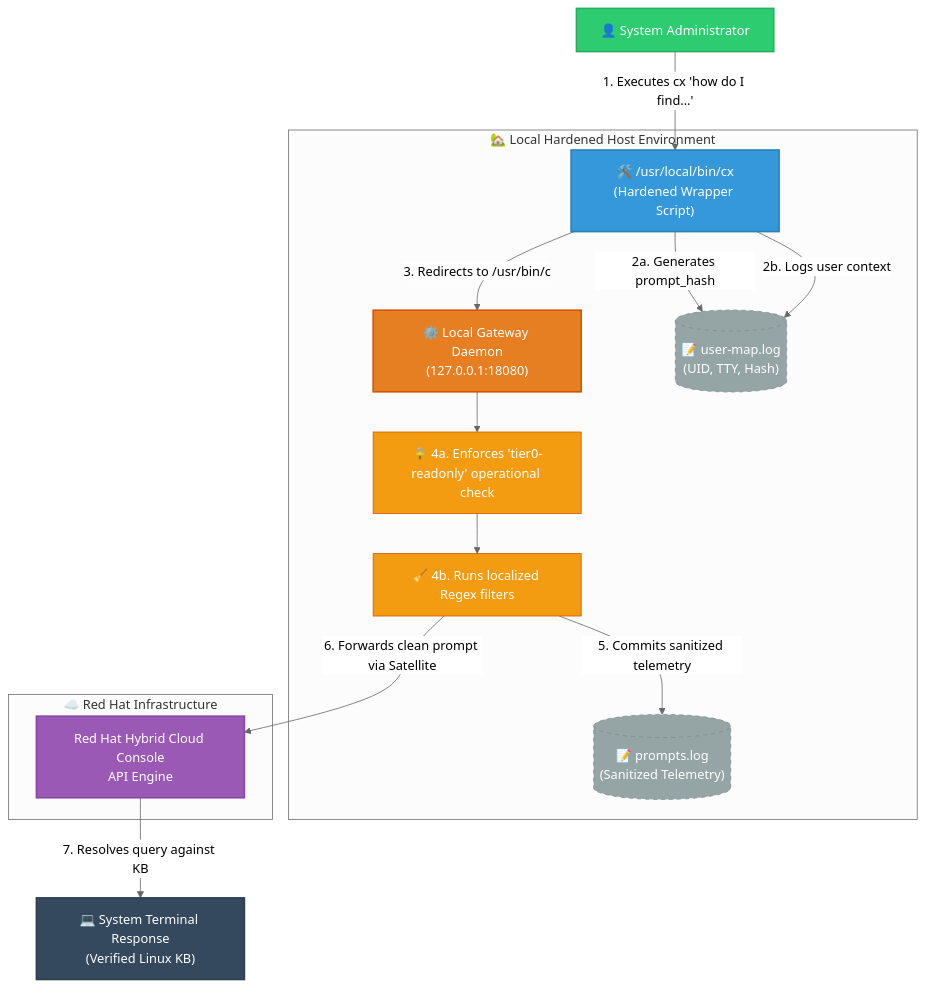
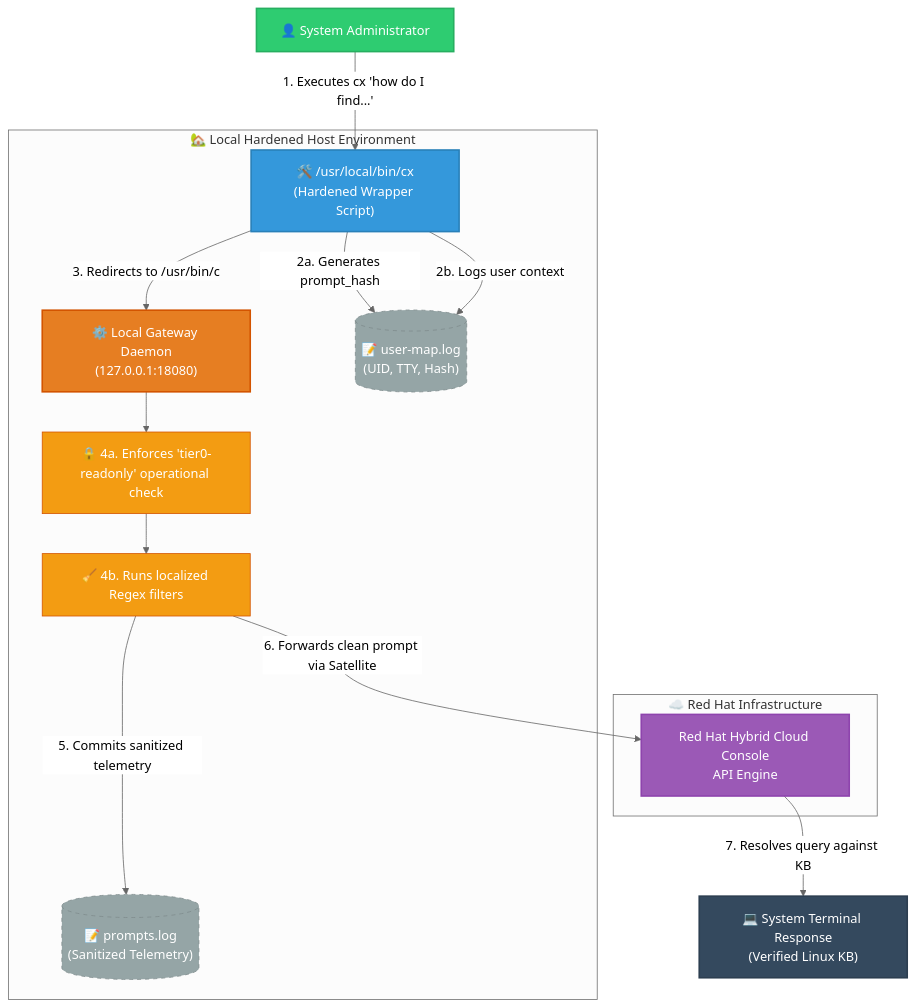
Before and after one commit to kumarj04/cla-gateway: the diagram in architecture.md, drawn with Mermaid (neutral theme).

Commit message:
Refactor architecture layout and fix paths

````diff
--- a/architecture.md
+++ b/architecture.md
@@ -1,49 +1,51 @@
 ```mermaid
 graph TD
     %% Styling definitions
     classDef user fill:#2ecc71,stroke:#27ae60,stroke-width:2px,color:#fff;
     classDef local fill:#3498db,stroke:#2980b9,stroke-width:2px,color:#fff;
     classDef daemon fill:#e67e22,stroke:#d35400,stroke-width:2px,color:#fff;
     classDef subEngine fill:#f39c12,stroke:#d35400,stroke-width:1px,color:#fff;
     classDef cloud fill:#9b59b6,stroke:#8e44ad,stroke-width:2px,color:#fff;
     classDef terminal fill:#34495e,stroke:#2c3e50,stroke-width:2px,color:#fff;
     classDef log fill:#95a5a6,stroke:#7f8c8d,stroke-width:1px,color:#fff,stroke-dasharray: 5 5;
 
     %% Workflow Nodes
     Admin[👤 System Administrator]:::user
     
     subgraph LocalHost ["🏡 Local Hardened Host Environment"]
         Wrapper["🛠️ /usr/local/bin/cx<br>(Hardened Wrapper Script)"]:::local
         Daemon["⚙️ Local Gateway Daemon<br>(127.0.0.1:18080)"]:::daemon
         
-        %% Splitting up self-loops into clean downward internal blocks
         Check1["🔒 4a. Enforces 'tier0-readonly' operational check"]:::subEngine
         Check2["🧹 4b. Runs localized Regex filters"]:::subEngine
         
         %% Audit Logs
         UserLog[("📝 user-map.log<br>(UID, TTY, Hash)")]:::log
         PromptLog[("📝 prompts.log<br>(Sanitized Telemetry)")]:::log
     end
 
     subgraph RedHat ["☁️ Red Hat Infrastructure"]
         RHCloud["Red Hat Hybrid Cloud Console<br>API Engine"]:::cloud
     end
 
     Response["💻 System Terminal Response<br>(Verified Linux KB)"]:::terminal
 
     %% Connectivity & Data Flow
     Admin -->|1. Executes cx 'how do I find...'| Wrapper
     
     Wrapper -->|2a. Generates prompt_hash| UserLog
     Wrapper -->|2b. Logs user context| UserLog
     Wrapper -->|3. Redirects to /usr/bin/c| Daemon
     
-    %% Linear processing inside the daemon block instead of loops
     Daemon --> Check1
     Check1 --> Check2
     
+    %% Fixed layout paths to prevent crossing lines
     Check2 -->|5. Commits sanitized telemetry| PromptLog
     Check2 -->|6. Forwards clean prompt via Satellite| RHCloud
     
     RHCloud -->|7. Resolves query against KB| Response
+
+    %% Layout hints to force promptLog to stay on the right and RedHat on the left
+    RHCloud ~~~ PromptLog
 ```
````
